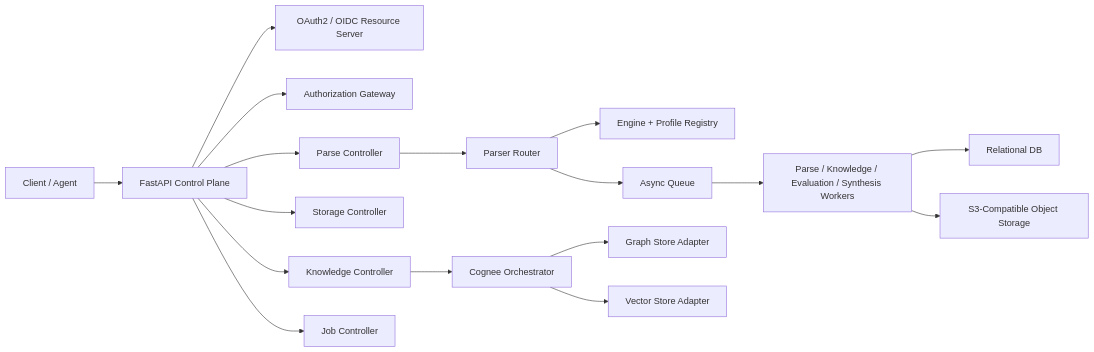
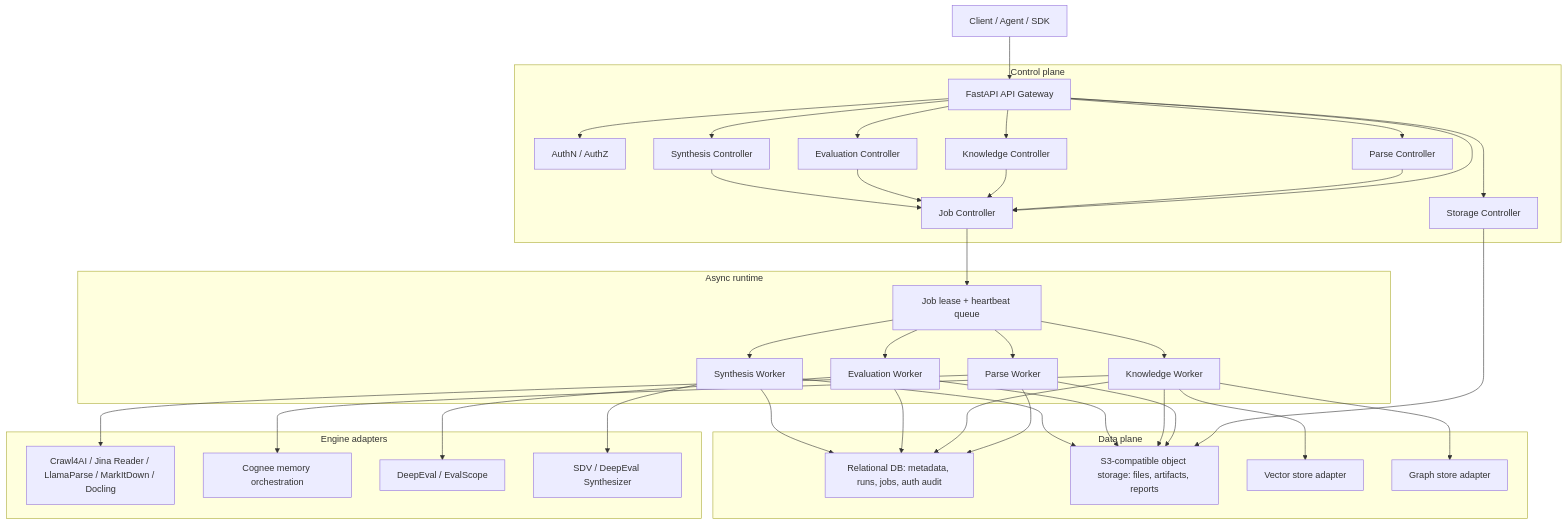
The diagram in docs/content/docs/cortex-architecture.mdx (crabcanon/cortex), drawn with Mermaid before and after one commit. The commit also changed other lines of this file and 1 other file, not shown here.

Commit message:
docs: update cortex architecture stack

````diff
--- a/docs/content/docs/cortex-architecture.mdx
+++ b/docs/content/docs/cortex-architecture.mdx
@@ -10,19 +10,52 @@
 ```mermaid
-flowchart LR
-  Client["Client / Agent"] --> API["FastAPI Control Plane"]
-  API --> AuthN["OAuth2 / OIDC Resource Server"]
-  API --> AuthZ["Authorization Gateway"]
-  API --> Parse["Parse Controller"]
-  API --> Storage["Storage Controller"]
-  API --> Knowledge["Knowledge Controller"]
-  API --> Jobs["Job Controller"]
-  Parse --> Router["Parser Router"]
-  Router --> Registry["Engine + Profile Registry"]
-  Router --> Queue["Async Queue"]
-  Queue --> Workers["Parse / Knowledge / Evaluation / Synthesis Workers"]
-  Workers --> SQL["Relational DB"]
-  Workers --> S3["S3-Compatible Object Storage"]
-  Knowledge --> Cognee["Cognee Orchestrator"]
-  Cognee --> Graph["Graph Store Adapter"]
-  Cognee --> Vector["Vector Store Adapter"]
+flowchart TB
+  Client["Client / Agent / SDK"] --> API["FastAPI API Gateway"]
+
+  subgraph Control["Control plane"]
+    API --> Auth["AuthN / AuthZ"]
+    API --> Jobs["Job Controller"]
+    API --> StorageCtl["Storage Controller"]
+    API --> ParseCtl["Parse Controller"]
+    API --> KnowledgeCtl["Knowledge Controller"]
+    API --> EvalCtl["Evaluation Controller"]
+    API --> SynthCtl["Synthesis Controller"]
+  end
+
+  subgraph Runtime["Async runtime"]
+    Jobs --> Queue["Job lease + heartbeat queue"]
+    Queue --> ParseWorker["Parse Worker"]
+    Queue --> KnowledgeWorker["Knowledge Worker"]
+    Queue --> EvalWorker["Evaluation Worker"]
+    Queue --> SynthWorker["Synthesis Worker"]
+  end
+
+  subgraph Data["Data plane"]
+    SQL["Relational DB: metadata, runs, jobs, auth audit"]
+    ObjectStore["S3-compatible object storage: files, artifacts, reports"]
+    VectorStore["Vector store adapter"]
+    GraphStore["Graph store adapter"]
+  end
+
+  subgraph Engines["Engine adapters"]
+    ParseWorker --> ParseEngines["Crawl4AI / Jina Reader / LlamaParse / MarkItDown / Docling"]
+    KnowledgeWorker --> Cognee["Cognee memory orchestration"]
+    EvalWorker --> EvalEngines["DeepEval / EvalScope"]
+    SynthWorker --> SynthEngines["SDV / DeepEval Synthesizer"]
+  end
+
+  StorageCtl --> ObjectStore
+  ParseCtl --> Jobs
+  KnowledgeCtl --> Jobs
+  EvalCtl --> Jobs
+  SynthCtl --> Jobs
+  ParseWorker --> SQL
+  ParseWorker --> ObjectStore
+  KnowledgeWorker --> SQL
+  KnowledgeWorker --> ObjectStore
+  KnowledgeWorker --> VectorStore
+  KnowledgeWorker --> GraphStore
+  EvalWorker --> SQL
+  EvalWorker --> ObjectStore
+  SynthWorker --> SQL
+  SynthWorker --> ObjectStore
 ```
````
